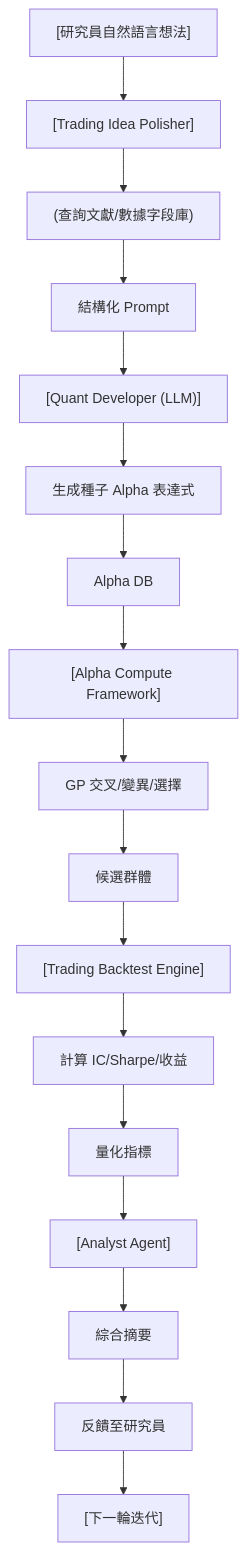
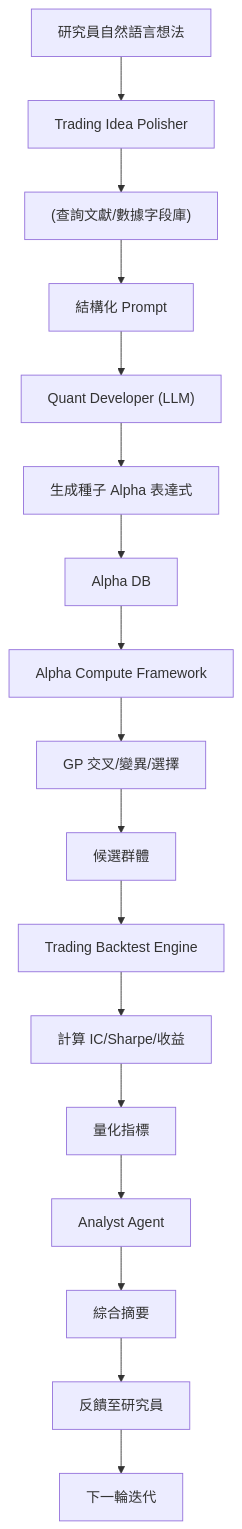
The diagram in foundations/factor-mining/alpha-gpt.md (sou350121/Trading-Handbook), drawn with Mermaid before and after one commit. The commit also changed other lines of this file and 191 other files, not shown here.

First line of the commit message:
render: fix math + mermaid for GitHub across the corpus (188 pages)

````diff
--- a/foundations/factor-mining/alpha-gpt.md
+++ b/foundations/factor-mining/alpha-gpt.md
@@ -33,19 +33,19 @@
 ```mermaid
 flowchart TD
-    N1["[研究員自然語言想法]"] --> N2["[Trading Idea Polisher]"]
-    N2["[Trading Idea Polisher]"] --> N3["(查詢文獻/數據字段庫)"]
+    N1["研究員自然語言想法"] --> N2["Trading Idea Polisher"]
+    N2["Trading Idea Polisher"] --> N3["(查詢文獻/數據字段庫)"]
     N3["(查詢文獻/數據字段庫)"] --> N4["結構化 Prompt"]
-    N4["結構化 Prompt"] --> N5["[Quant Developer (LLM)]"]
-    N5["[Quant Developer (LLM)]"] --> N6["生成種子 Alpha 表達式"]
+    N4["結構化 Prompt"] --> N5["Quant Developer (LLM)"]
+    N5["Quant Developer (LLM)"] --> N6["生成種子 Alpha 表達式"]
     N6["生成種子 Alpha 表達式"] --> N7["Alpha DB"]
-    N7["Alpha DB"] --> N8["[Alpha Compute Framework]"]
-    N8["[Alpha Compute Framework]"] --> N9["GP 交叉/變異/選擇"]
+    N7["Alpha DB"] --> N8["Alpha Compute Framework"]
+    N8["Alpha Compute Framework"] --> N9["GP 交叉/變異/選擇"]
     N9["GP 交叉/變異/選擇"] --> N10["候選群體"]
-    N10["候選群體"] --> N11["[Trading Backtest Engine]"]
-    N11["[Trading Backtest Engine]"] --> N12["計算 IC/Sharpe/收益"]
+    N10["候選群體"] --> N11["Trading Backtest Engine"]
+    N11["Trading Backtest Engine"] --> N12["計算 IC/Sharpe/收益"]
     N12["計算 IC/Sharpe/收益"] --> N13["量化指標"]
-    N13["量化指標"] --> N14["[Analyst Agent]"]
-    N14["[Analyst Agent]"] --> N15["綜合摘要"]
+    N13["量化指標"] --> N14["Analyst Agent"]
+    N14["Analyst Agent"] --> N15["綜合摘要"]
     N15["綜合摘要"] --> N16["反饋至研究員"]
-    N16["反饋至研究員"] --> N17["[下一輪迭代]"]
+    N16["反饋至研究員"] --> N17["下一輪迭代"]
 ```
````
